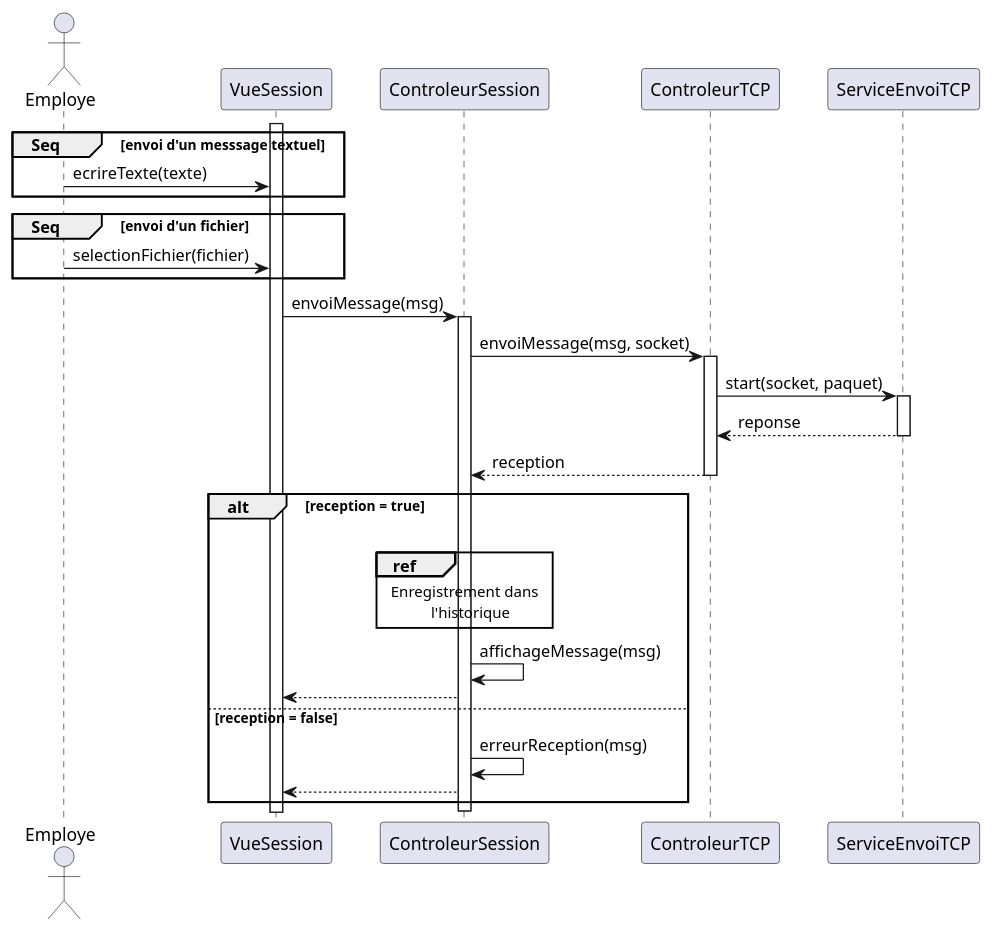
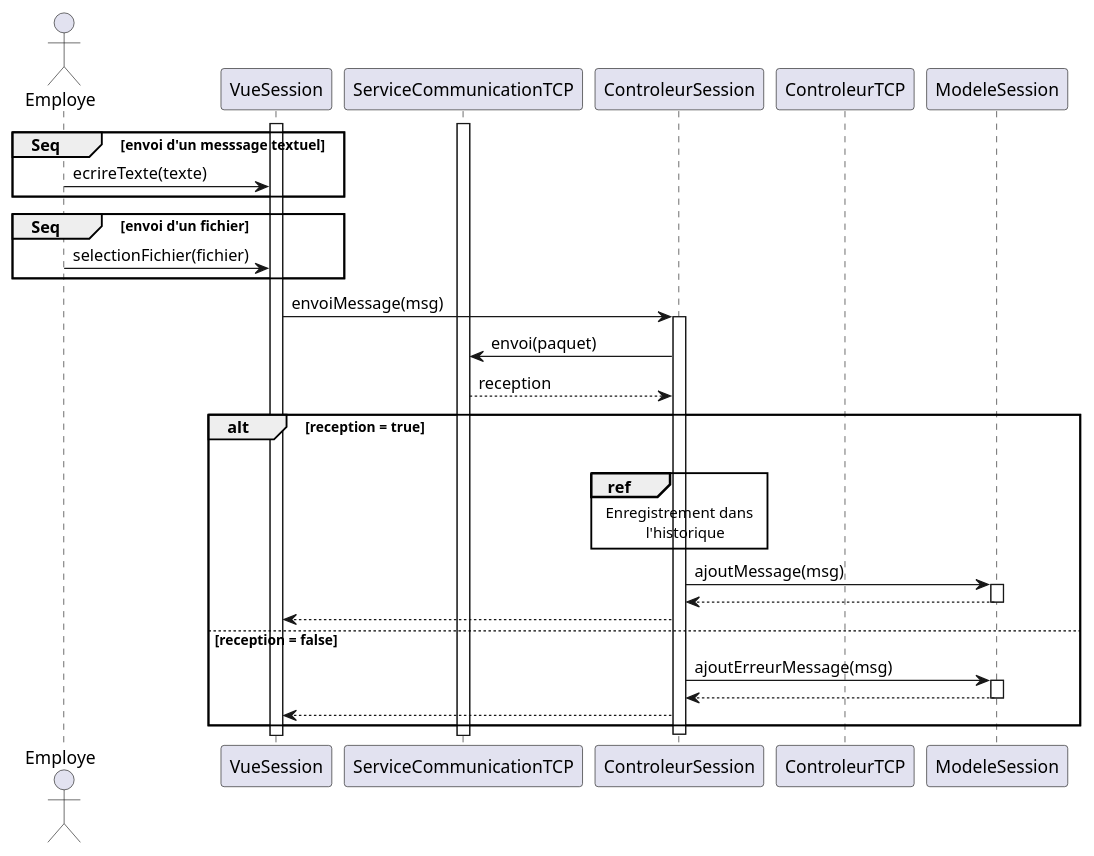
One commit to arc-hugo/clavardage_uml changed the diagram in sequence/envoi_message.wsd. Above: the diagram before and after it, drawn with PlantUML. The commit also changed 1 other file, not shown here.

Commit message:
ajout ModeleSession

```diff
--- a/sequence/envoi_message.wsd
+++ b/sequence/envoi_message.wsd
@@ -1,33 +1,35 @@
 @startuml envoi_message
 actor Employe
 activate VueSession
+activate ServiceCommunicationTCP
 group Seq [envoi d'un messsage textuel]
     Employe -> VueSession : ecrireTexte(texte)
-end ref
+end
 group Seq [envoi d'un fichier]
     Employe -> VueSession : selectionFichier(fichier)
-end ref
+end
 VueSession -> ControleurSession : envoiMessage(msg)
 activate ControleurSession
-ControleurSession -> ControleurTCP : envoiMessage(msg, socket)
-activate ControleurTCP
-ControleurTCP -> ServiceEnvoiTCP : start(socket, paquet)
-activate ServiceEnvoiTCP
-ServiceEnvoiTCP --> ControleurTCP : reponse
-deactivate ServiceEnvoiTCP
-ControleurTCP --> ControleurSession : reception
+ControleurSession -> ServiceCommunicationTCP : envoi(paquet)
+ServiceCommunicationTCP --> ControleurSession : reception
 deactivate ControleurTCP
 alt reception = true
     ControleurSession [hidden]-> ControleurSession
     ref over ControleurSession
         Enregistrement dans
             l'historique 
     end ref
-    ControleurSession -> ControleurSession : affichageMessage(msg)
+    ControleurSession -> ModeleSession : ajoutMessage(msg)
+    activate ModeleSession
+    ModeleSession --> ControleurSession
+    deactivate ModeleSession
     ControleurSession --> VueSession
 else reception = false
-    ControleurSession -> ControleurSession : erreurReception(msg)
+    ControleurSession -> ModeleSession : ajoutErreurMessage(msg)
+    activate ModeleSession
+    ModeleSession --> ControleurSession
+    deactivate ModeleSession
     ControleurSession --> VueSession
 end
 deactivate ControleurSession
 @enduml
```
